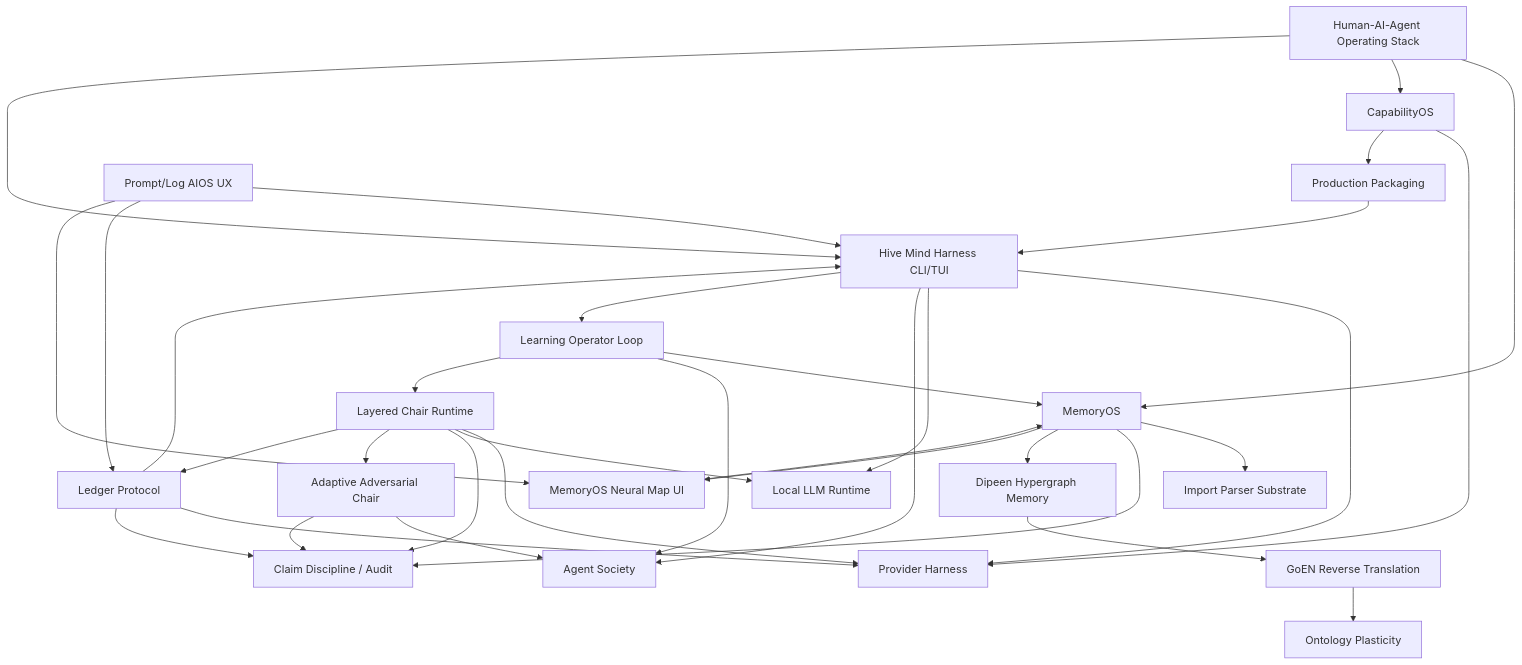
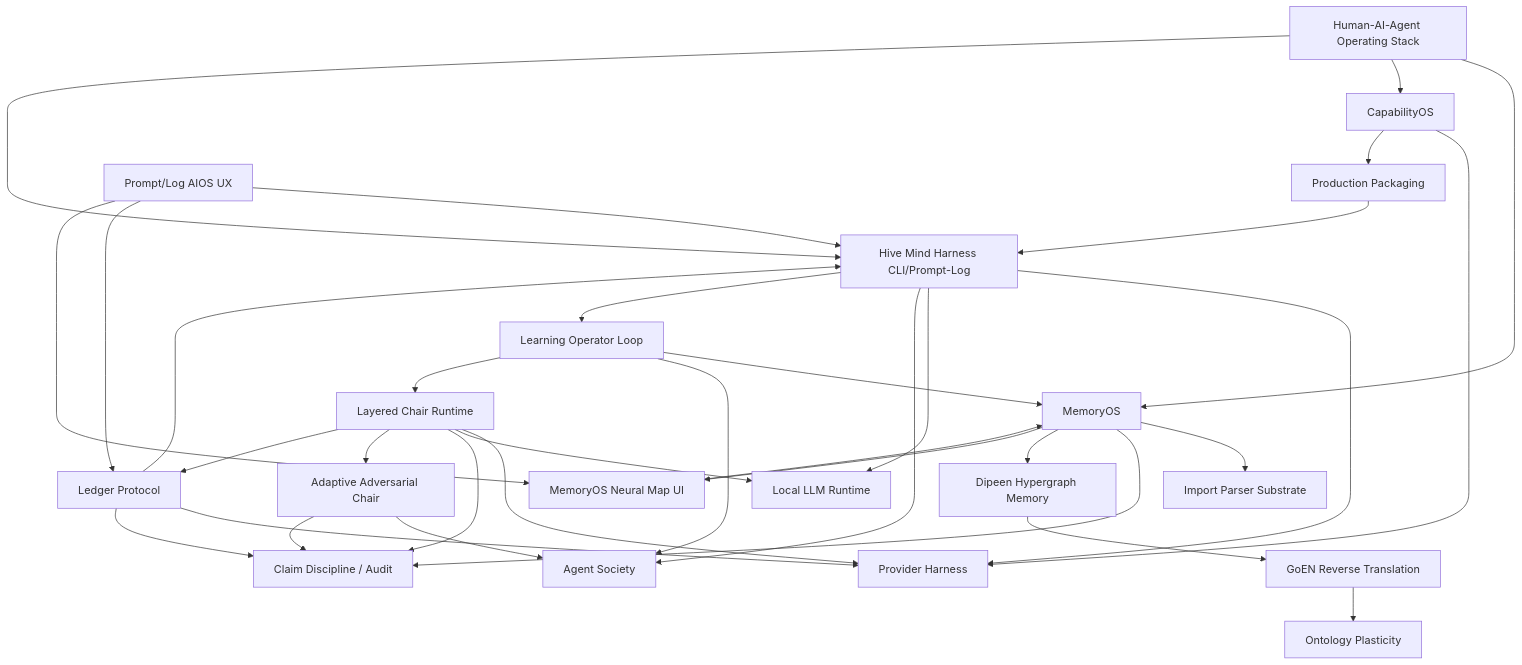
The diagram in docs/VISION_GRAPH.md (cjw0076/hivemind), drawn with Mermaid before and after one commit. The commit also changed other lines of this file and 19 other files, not shown here.

````diff
--- a/docs/VISION_GRAPH.md
+++ b/docs/VISION_GRAPH.md
@@ -7,56 +7,56 @@
 ```mermaid
 graph TD
   V0[Human-AI-Agent Operating Stack]
   V1[MemoryOS]
   V2[CapabilityOS]
-  V3[Hive Mind Harness CLI/TUI]
+  V3[Hive Mind Harness CLI/Prompt-Log]
   V4[Provider Harness]
   V5[Local LLM Runtime]
   V6[Agent Society]
   V7[Dipeen Hypergraph Memory]
   V8[GoEN Reverse Translation]
   V9[Ontology Plasticity]
   V10[MemoryOS Neural Map UI]
   V11[Import Parser Substrate]
   V12[Claim Discipline / Audit]
   V13[Production Packaging]
   V14[Learning Operator Loop]
   V15[Layered Chair Runtime]
   V16[Adaptive Adversarial Chair]
   V17[Ledger Protocol]
   V18[Prompt/Log AIOS UX]
 
   V0 --> V1
   V0 --> V2
   V0 --> V3
   V3 --> V4
   V3 --> V5
   V3 --> V6
   V1 --> V11
   V1 --> V12
   V1 --> V7
   V2 --> V4
   V2 --> V13
   V3 --> V14
   V14 --> V1
   V14 --> V6
   V14 --> V15
   V15 --> V4
   V15 --> V5
   V15 --> V12
   V15 --> V16
   V15 --> V17
   V17 --> V3
   V17 --> V4
   V17 --> V12
   V18 --> V3
   V18 --> V17
   V18 --> V10
   V10 --> V1
   V16 --> V6
   V16 --> V12
   V7 --> V8
   V8 --> V9
   V1 --> V10
   V13 --> V3
 ```
````
